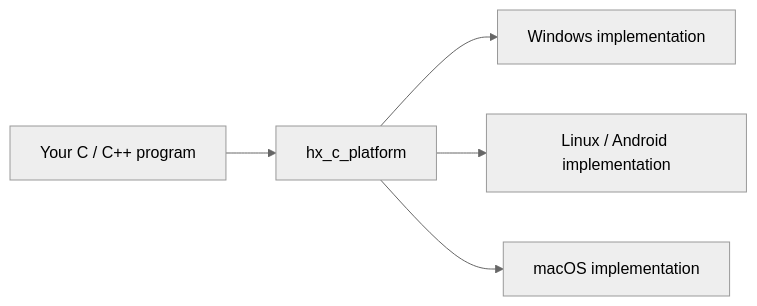
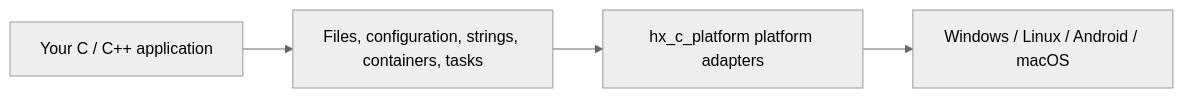
One commit to HuangX666/hx_c_platform changed the diagram in README.md. Above: the diagram before and after it, drawn with Mermaid (neutral theme). The commit also changed other lines of this file and 382 other files, not shown here.

````diff
--- a/README.md
+++ b/README.md
@@ -25,7 +15,6 @@
 ```mermaid
 flowchart LR
-    A["Your C / C++ program"] --> B["hx_c_platform"]
-    B --> C["Windows implementation"]
-    B --> D["Linux / Android implementation"]
-    B --> E["macOS implementation"]
+    A["Your C / C++ application"] --> B["Files, configuration, strings, containers, tasks"]
+    B --> C["hx_c_platform platform adapters"]
+    C --> D["Windows / Linux / Android / macOS"]
 ```
````
